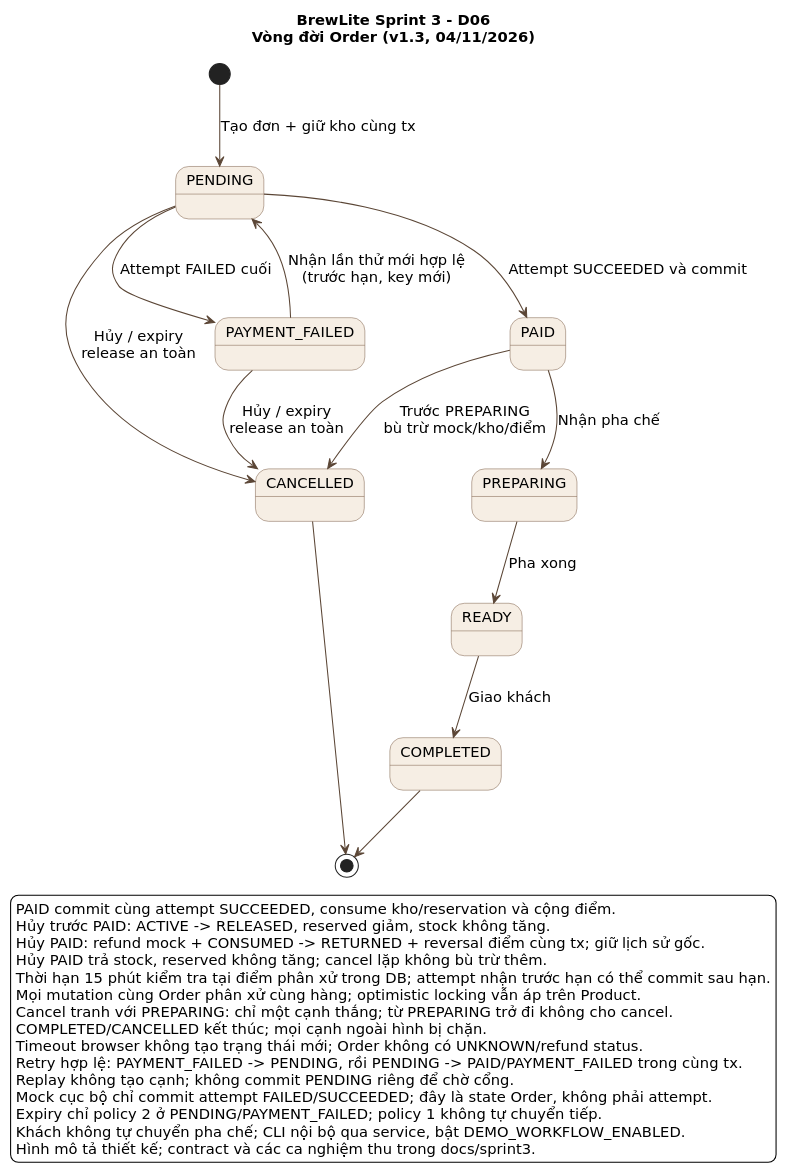
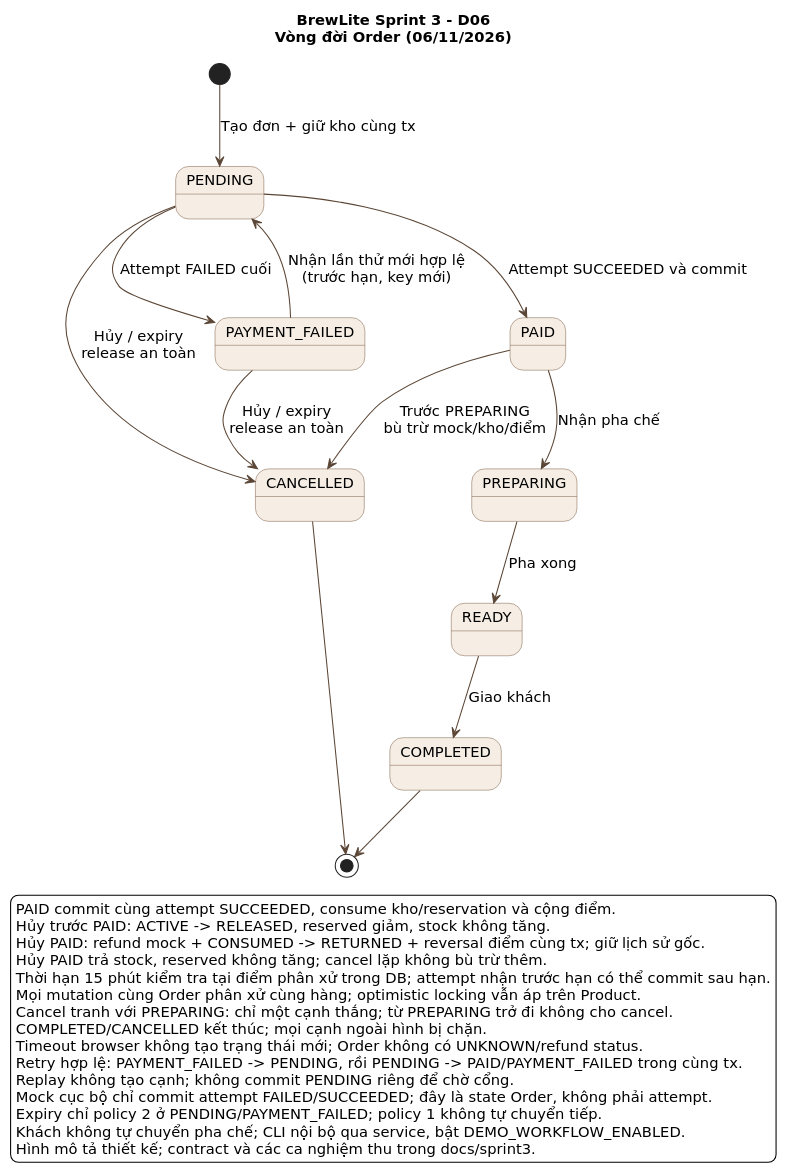
Before and after one commit to giabaot400-boop/BrewLite: the diagram in docs/diagrams/sprint3/state-order.puml, drawn with PlantUML. The commit also changed 49 other files, not shown here.

```diff
--- a/docs/diagrams/sprint3/state-order.puml
+++ b/docs/diagrams/sprint3/state-order.puml
@@ -1,42 +1,42 @@
 @startuml state-order-sprint3
-title BrewLite Sprint 3 - D06\nVòng đời Order (v1.3, 04/11/2026)
+title BrewLite Sprint 3 - D06\nVòng đời Order (06/11/2026)
 top to bottom direction
 skinparam defaultFontName DejaVu Sans
 skinparam defaultFontSize 14
 skinparam shadowing false
 skinparam backgroundColor #FFFFFF
 skinparam ArrowColor #5B4636
 skinparam stateBackgroundColor #F6EEE4
 skinparam stateBorderColor #80644F
 skinparam noteBackgroundColor #FFF6DA
 skinparam noteBorderColor #B89551
 [*] --> PENDING : Tạo đơn + giữ kho cùng tx
 PENDING --> PAYMENT_FAILED : Attempt FAILED cuối
 PENDING --> PAID : Attempt SUCCEEDED và commit
 PAYMENT_FAILED --> PENDING : Nhận lần thử mới hợp lệ\n(trước hạn, key mới)
 PENDING --> CANCELLED : Hủy / expiry\nrelease an toàn
 PAYMENT_FAILED --> CANCELLED : Hủy / expiry\nrelease an toàn
 PAID --> CANCELLED : Trước PREPARING\nbù trừ mock/kho/điểm
 PAID --> PREPARING : Nhận pha chế
 PREPARING --> READY : Pha xong
 READY --> COMPLETED : Giao khách
 COMPLETED --> [*]
 CANCELLED --> [*]
 legend bottom
   PAID commit cùng attempt SUCCEEDED, consume kho/reservation và cộng điểm.
   Hủy trước PAID: ACTIVE -> RELEASED, reserved giảm, stock không tăng.
   Hủy PAID: refund mock + CONSUMED -> RETURNED + reversal điểm cùng tx; giữ lịch sử gốc.
   Hủy PAID trả stock, reserved không tăng; cancel lặp không bù trừ thêm.
   Thời hạn 15 phút kiểm tra tại điểm phân xử trong DB; attempt nhận trước hạn có thể commit sau hạn.
   Mọi mutation cùng Order phân xử cùng hàng; optimistic locking vẫn áp trên Product.
   Cancel tranh với PREPARING: chỉ một cạnh thắng; từ PREPARING trở đi không cho cancel.
   COMPLETED/CANCELLED kết thúc; mọi cạnh ngoài hình bị chặn.
   Timeout browser không tạo trạng thái mới; Order không có UNKNOWN/refund status.
   Retry hợp lệ: PAYMENT_FAILED -> PENDING, rồi PENDING -> PAID/PAYMENT_FAILED trong cùng tx.
   Replay không tạo cạnh; không commit PENDING riêng để chờ cổng.
   Mock cục bộ chỉ commit attempt FAILED/SUCCEEDED; đây là state Order, không phải attempt.
   Expiry chỉ policy 2 ở PENDING/PAYMENT_FAILED; policy 1 không tự chuyển tiếp.
   Khách không tự chuyển pha chế; CLI nội bộ qua service, bật DEMO_WORKFLOW_ENABLED.
   Hình mô tả thiết kế; contract và các ca nghiệm thu trong docs/sprint3.
 endlegend
 @enduml
```
